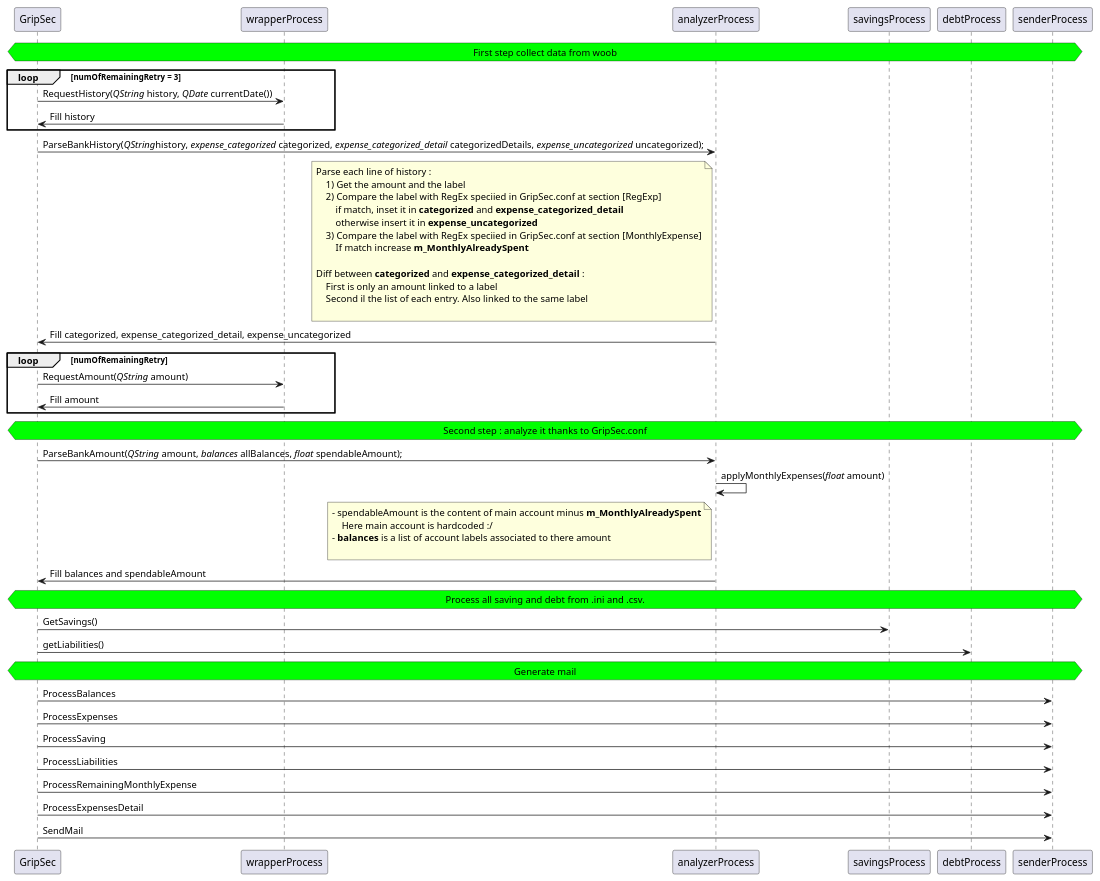
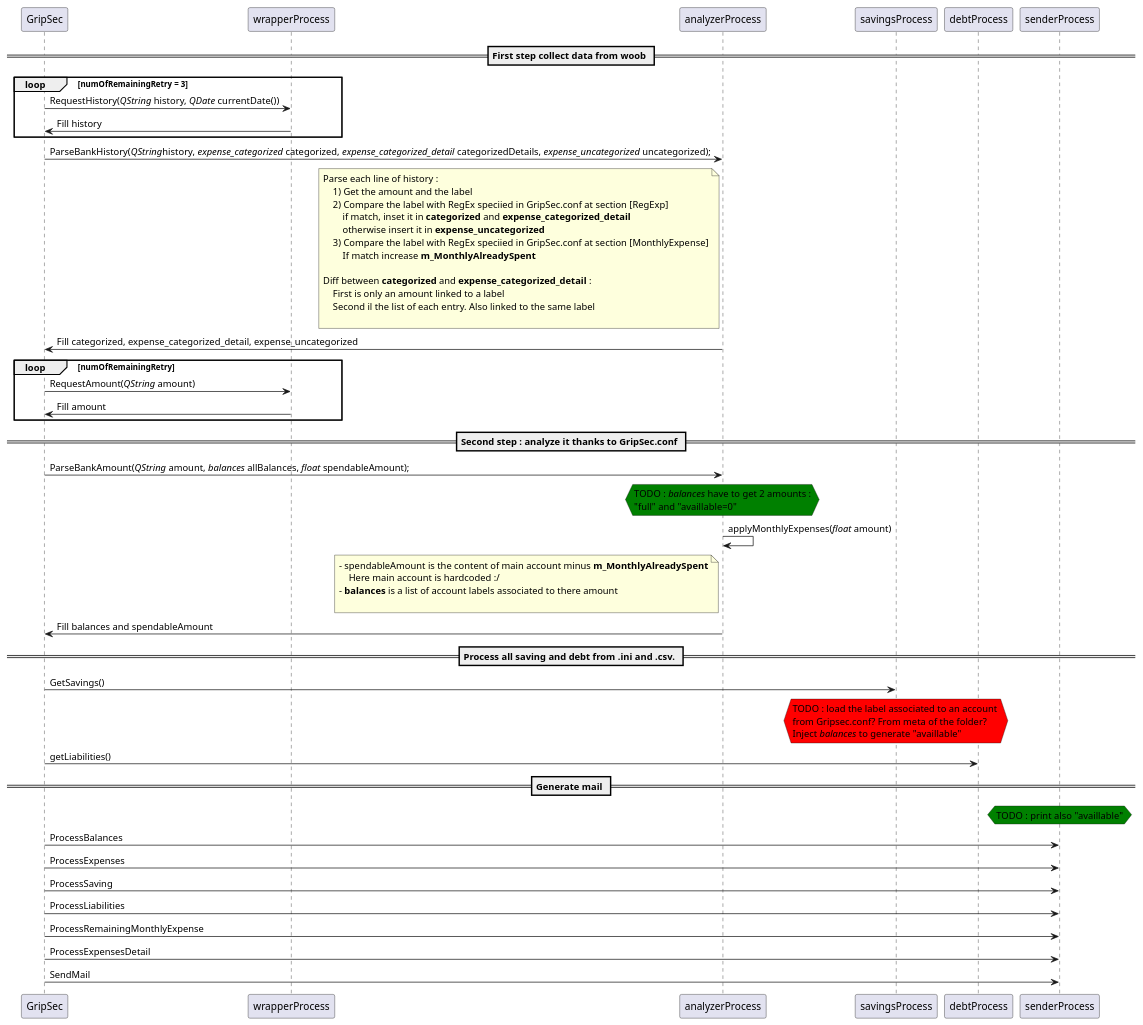
One commit to eraby-fr/BankButler changed the diagram in overview.puml. Above: the diagram before and after it, drawn with PlantUML. The commit also changed 5 other files, not shown here.

Commit message:
[Show already set amount in balance] Update balances type & print the new values

```diff
--- a/overview.puml
+++ b/overview.puml
@@ -1,59 +1,74 @@
 @startuml Bankbutler
-hnote across  #lime:First step collect data from woob
+== First step collect data from woob ==
 loop numOfRemainingRetry = 3
     GripSec -> wrapperProcess: RequestHistory(<i>QString</i> history, <i>QDate</i> currentDate())
     wrapperProcess -> GripSec : Fill history
 end
 
 GripSec -> analyzerProcess : ParseBankHistory(<i>QString</i>history, <i>expense_categorized</i> categorized, <i>expense_categorized_detail</i> categorizedDetails, <i>expense_uncategorized</i> uncategorized);
 note left of analyzerProcess
     Parse each line of history :
         1) Get the amount and the label
         2) Compare the label with RegEx speciied in GripSec.conf at section [RegExp]
             if match, inset it in <b>categorized</b> and <b>expense_categorized_detail</b>
             otherwise insert it in <b>expense_uncategorized</b>
         3) Compare the label with RegEx speciied in GripSec.conf at section [MonthlyExpense]
             If match increase <b>m_MonthlyAlreadySpent</b>
 
     Diff between <b>categorized</b> and <b>expense_categorized_detail</b> :
         First is only an amount linked to a label
         Second il the list of each entry. Also linked to the same label
 
 end note
 analyzerProcess -> GripSec : Fill categorized, expense_categorized_detail, expense_uncategorized
 
 loop numOfRemainingRetry
     GripSec -> wrapperProcess: RequestAmount(<i>QString</i> amount)
     wrapperProcess -> GripSec : Fill amount 
 end
 
-hnote across  #lime:Second step : analyze it thanks to GripSec.conf
+== Second step : analyze it thanks to GripSec.conf ==
 
 GripSec -> analyzerProcess : ParseBankAmount(<i>QString</i> amount, <i>balances</i> allBalances, <i>float</i> spendableAmount);
+
+hnote over analyzerProcess #Green
+    TODO : <i>balances</i> have to get 2 amounts :
+    "full" and "availlable=0"
+end note
+
+
 analyzerProcess -> analyzerProcess : applyMonthlyExpenses(<i>float</i> amount)
 note left of analyzerProcess
     - spendableAmount is the content of main account minus <b>m_MonthlyAlreadySpent</b>
         Here main account is hardcoded :/
     - <b>balances</b> is a list of account labels associated to there amount
     
 end note
 analyzerProcess -> GripSec : Fill balances and spendableAmount
 
-hnote across #lime:Process all saving and debt from .ini and .csv.
+== Process all saving and debt from .ini and .csv. ==
 
 GripSec -> savingsProcess : GetSavings()
+hnote over savingsProcess #Red
+    TODO : load the label associated to an account 
+    from Gripsec.conf? From meta of the folder?
+    Inject <i>balances</i> to generate "availlable"
+end note
 GripSec -> debtProcess : getLiabilities()
 
-hnote across #lime:Generate mail
+== Generate mail ==
+hnote over senderProcess #Green
+    TODO : print also "availlable"
+end note
 GripSec -> senderProcess : ProcessBalances
 GripSec -> senderProcess : ProcessExpenses
 GripSec -> senderProcess : ProcessSaving
 GripSec -> senderProcess : ProcessLiabilities
 GripSec -> senderProcess : ProcessRemainingMonthlyExpense
 GripSec -> senderProcess : ProcessExpensesDetail
 GripSec -> senderProcess : SendMail
 
 
 
 
 @enduml
```
